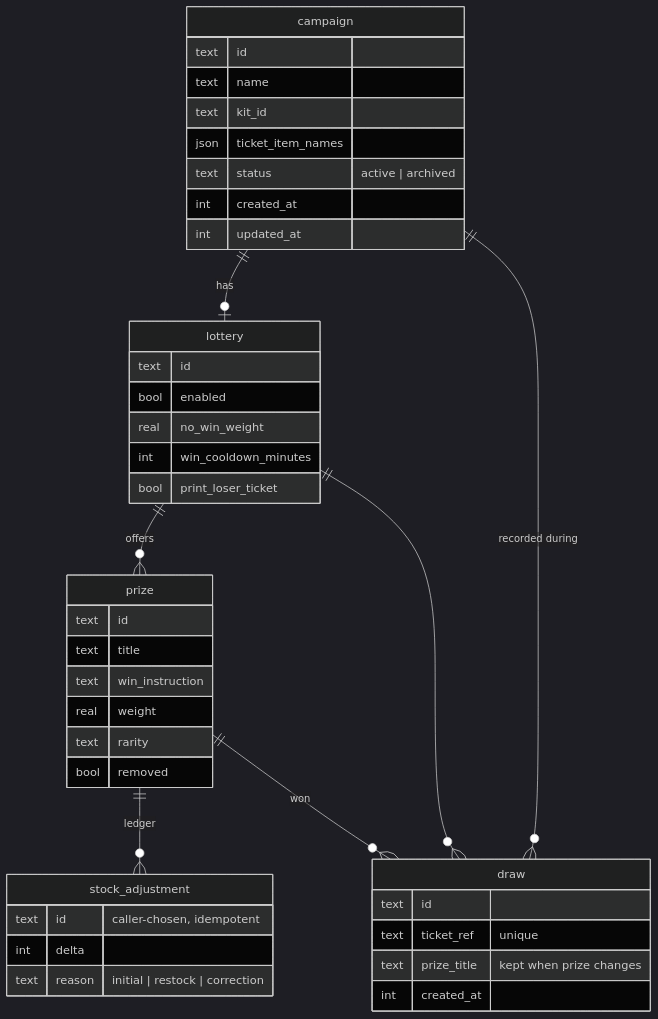
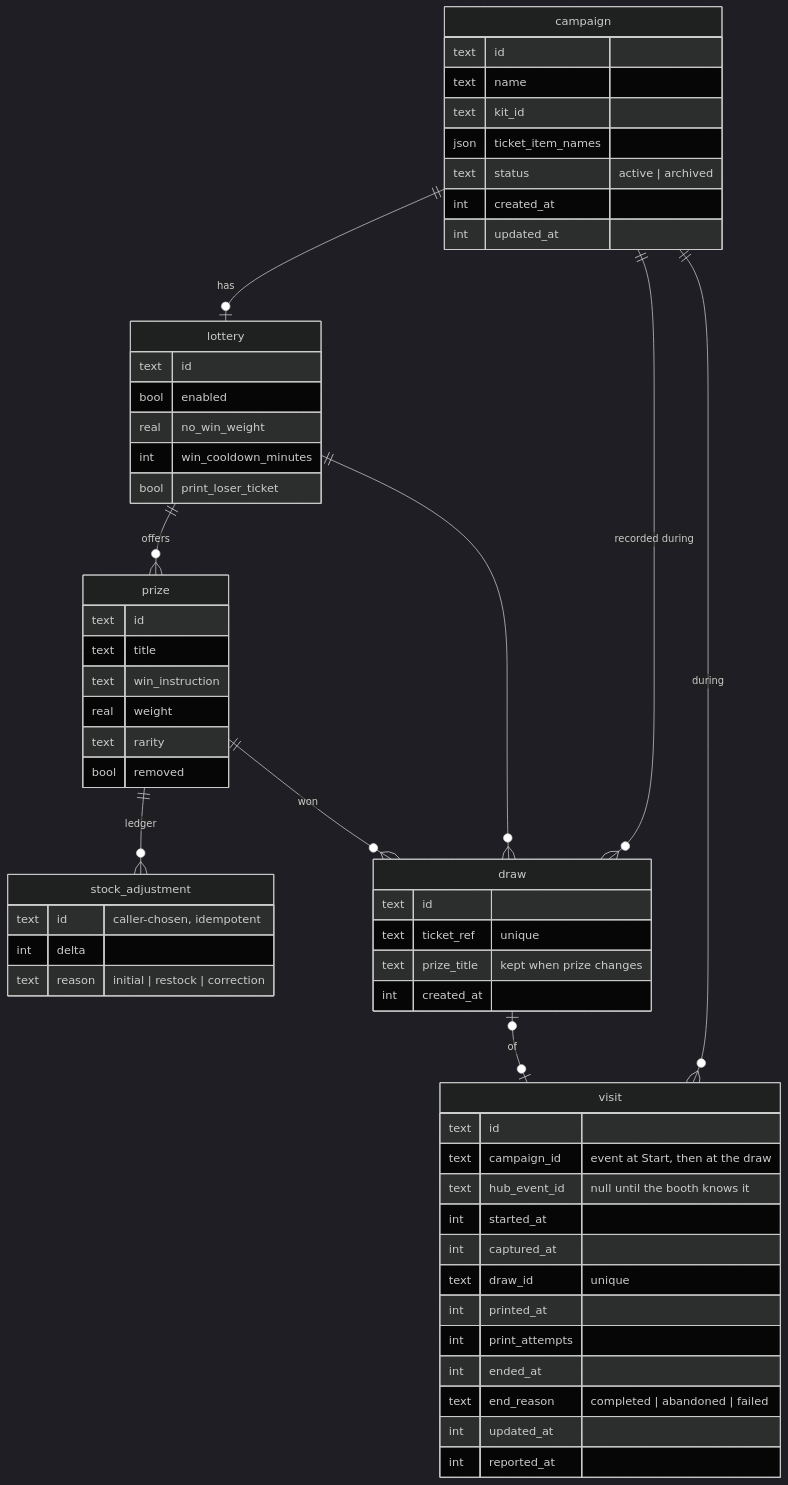
One commit to 99Stud/dither_booth changed the diagram in apps/docs/src/content/docs/architecture/data-model.md. Above: the diagram before and after it, drawn with Mermaid (dark theme). The commit also changed other lines of this file and 47 other files, not shown here.

First line of the commit message:
feat: the booth records every visit; live visit tiles in admin (#91)

````diff
--- a/apps/docs/src/content/docs/architecture/data-model.md
+++ b/apps/docs/src/content/docs/architecture/data-model.md
@@ -12,44 +12,60 @@
 ```mermaid
 erDiagram
   campaign ||--o| lottery : "has"
   lottery ||--o{ prize : "offers"
   prize ||--o{ stock_adjustment : "ledger"
   campaign ||--o{ draw : "recorded during"
   lottery ||--o{ draw : ""
   prize ||--o{ draw : "won"
+  campaign ||--o{ visit : "during"
+  draw |o--o| visit : "of"
   campaign {
     text id
     text name
     text kit_id
     json ticket_item_names
     text status "active | archived"
     int created_at
     int updated_at
   }
   lottery {
     text id
     bool enabled
     real no_win_weight
     int win_cooldown_minutes
     bool print_loser_ticket
   }
   prize {
     text id
     text title
     text win_instruction
     real weight
     text rarity
     bool removed
   }
   stock_adjustment {
     text id "caller-chosen, idempotent"
     int delta
     text reason "initial | restock | correction"
   }
   draw {
     text id
     text ticket_ref "unique"
     text prize_title "kept when prize changes"
     int created_at
   }
+  visit {
+    text id
+    text campaign_id "event at Start, then at the draw"
+    text hub_event_id "null until the booth knows it"
+    int started_at
+    int captured_at
+    text draw_id "unique"
+    int printed_at
+    int print_attempts
+    int ended_at
+    text end_reason "completed | abandoned | failed"
+    int updated_at
+    int reported_at
+  }
 ```
````
